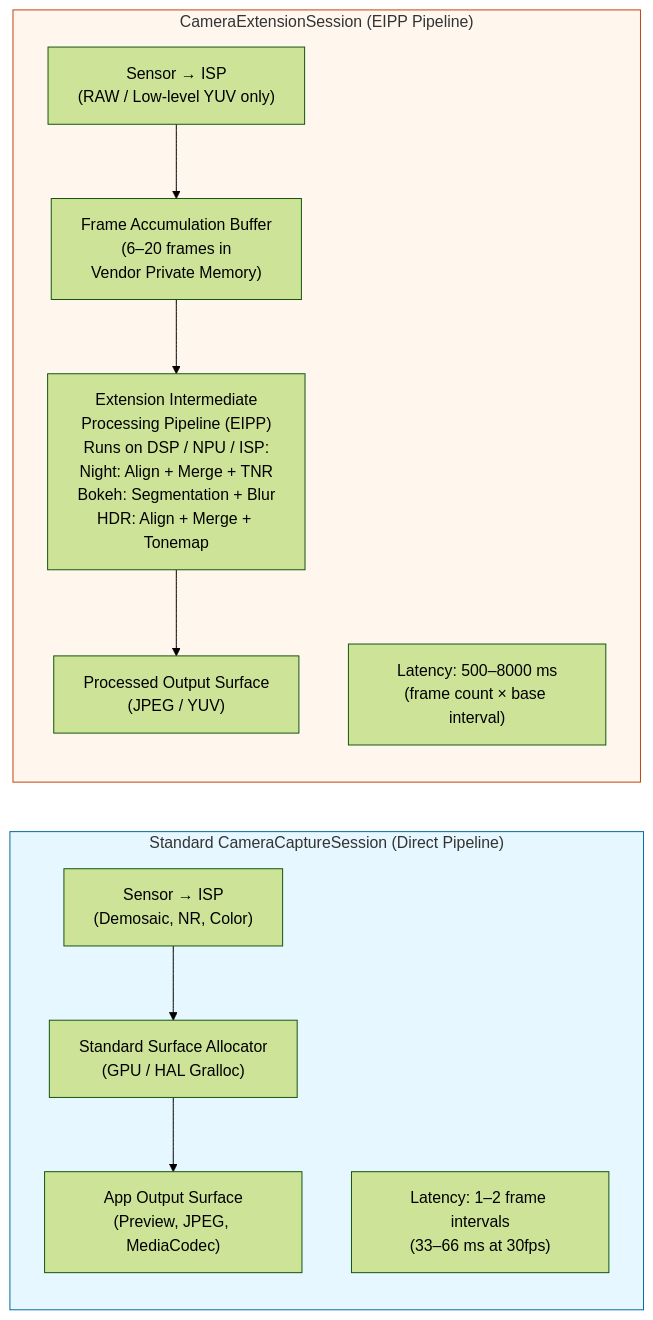
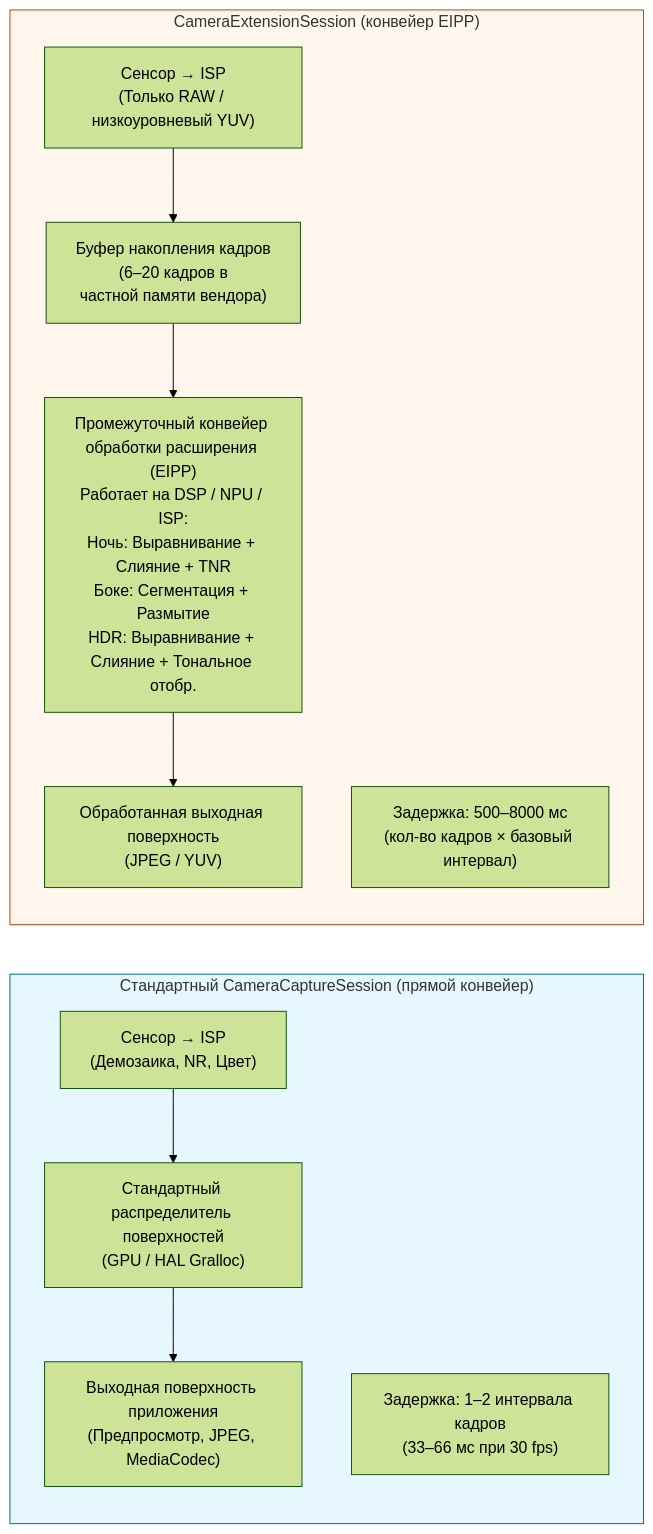
Before and after one commit to zoozooll/AndroidCameraParameters: the first of 2 diagrams in website/i18n/ru/docusaurus-plugin-content-docs/current/camera2/camera-extensions.md, drawn with Mermaid (forest theme). The commit also changed other lines of this file and 378 other files, not shown here.

````diff
--- a/website/i18n/ru/docusaurus-plugin-content-docs/current/camera2/camera-extensions.md
+++ b/website/i18n/ru/docusaurus-plugin-content-docs/current/camera2/camera-extensions.md
@@ -34,24 +34,24 @@
 ```mermaid
 flowchart LR
-    subgraph STANDARD["Standard CameraCaptureSession (Direct Pipeline)"]
+    subgraph STANDARD["Стандартный CameraCaptureSession (прямой конвейер)"]
         direction TB
-        S1["Sensor → ISP\n(Demosaic, NR, Color)"]
-        S2["Standard Surface Allocator\n(GPU / HAL Gralloc)"]
-        S3["App Output Surface\n(Preview, JPEG, MediaCodec)"]
+        S1["Сенсор → ISP<br/>(Демозаика, NR, Цвет)"]
+        S2["Стандартный распределитель поверхностей<br/>(GPU / HAL Gralloc)"]
+        S3["Выходная поверхность приложения<br/>(Предпросмотр, JPEG, MediaCodec)"]
         S1 --> S2 --> S3
-        SLAT["Latency: 1–2 frame intervals\n(33–66 ms at 30fps)"]
+        SLAT["Задержка: 1–2 интервала кадров<br/>(33–66 мс при 30 fps)"]
     end
 
-    subgraph EXTENSION["CameraExtensionSession (EIPP Pipeline)"]
+    subgraph EXTENSION["CameraExtensionSession (конвейер EIPP)"]
         direction TB
-        E1["Sensor → ISP\n(RAW / Low-level YUV only)"]
-        E2["Frame Accumulation Buffer\n(6–20 frames in\nVendor Private Memory)"]
-        E3["Extension Intermediate\nProcessing Pipeline (EIPP)\nRuns on DSP / NPU / ISP:\nNight: Align + Merge + TNR\nBokeh: Segmentation + Blur\nHDR: Align + Merge + Tonemap"]
-        E4["Processed Output Surface\n(JPEG / YUV)"]
+        E1["Сенсор → ISP<br/>(Только RAW / низкоуровневый YUV)"]
+        E2["Буфер накопления кадров<br/>(6–20 кадров в<br/>частной памяти вендора)"]
+        E3["Промежуточный конвейер обработки расширения (EIPP)<br/>Работает на DSP / NPU / ISP:<br/>Ночь: Выравнивание + Слияние + TNR<br/>Боке: Сегментация + Размытие<br/>HDR: Выравнивание + Слияние + Тональное отобр."]
+        E4["Обработанная выходная поверхность<br/>(JPEG / YUV)"]
         E1 --> E2 --> E3 --> E4
-        ELAT["Latency: 500–8000 ms\n(frame count × base interval)"]
+        ELAT["Задержка: 500–8000 мс<br/>(кол-во кадров × базовый интервал)"]
     end
 
     style STANDARD fill:#e6f7ff,stroke:#0369a1
     style EXTENSION fill:#fff7ed,stroke:#c2410c
 ```
````
